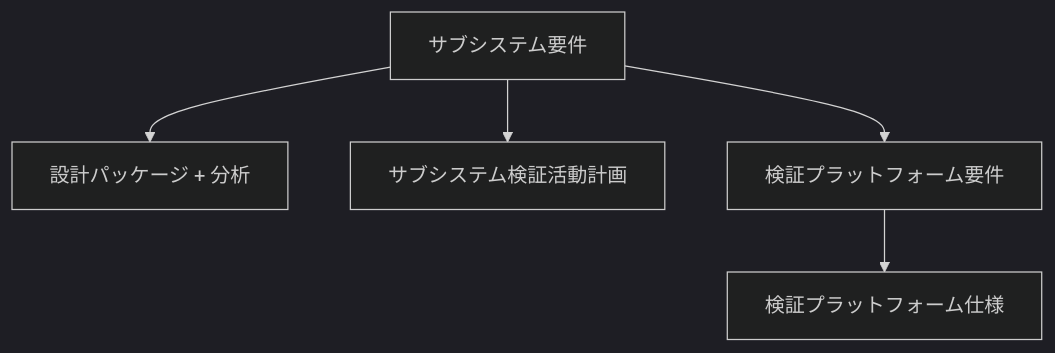
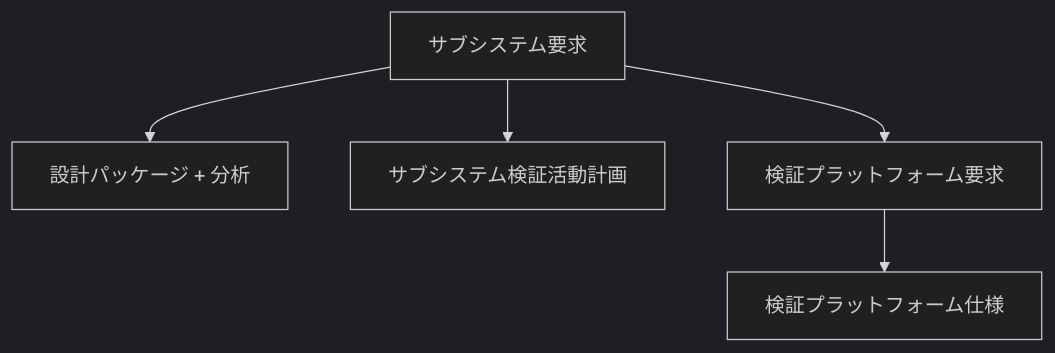
One commit to hirototamura/one-piece changed the sixth of 6 diagrams in docs/INFORMATION_ARCHITECTURE.md. Above: the diagram before and after it, drawn with Mermaid (dark theme). The commit also changed other lines of this file and 7 other files, not shown here.

````diff
--- a/docs/INFORMATION_ARCHITECTURE.md
+++ b/docs/INFORMATION_ARCHITECTURE.md
@@ -253,13 +253,13 @@
 ```mermaid
 flowchart TD
-  SubR[サブシステム要件]
+  SubR[サブシステム要求]
   DP[設計パッケージ + 分析]
   VAP[サブシステム検証活動計画]
-  VPR[検証プラットフォーム要件]
+  VPR[検証プラットフォーム要求]
   VPS[検証プラットフォーム仕様]
 
   SubR --> DP
   SubR --> VAP
   SubR --> VPR
   VPR --> VPS
 ```
````
